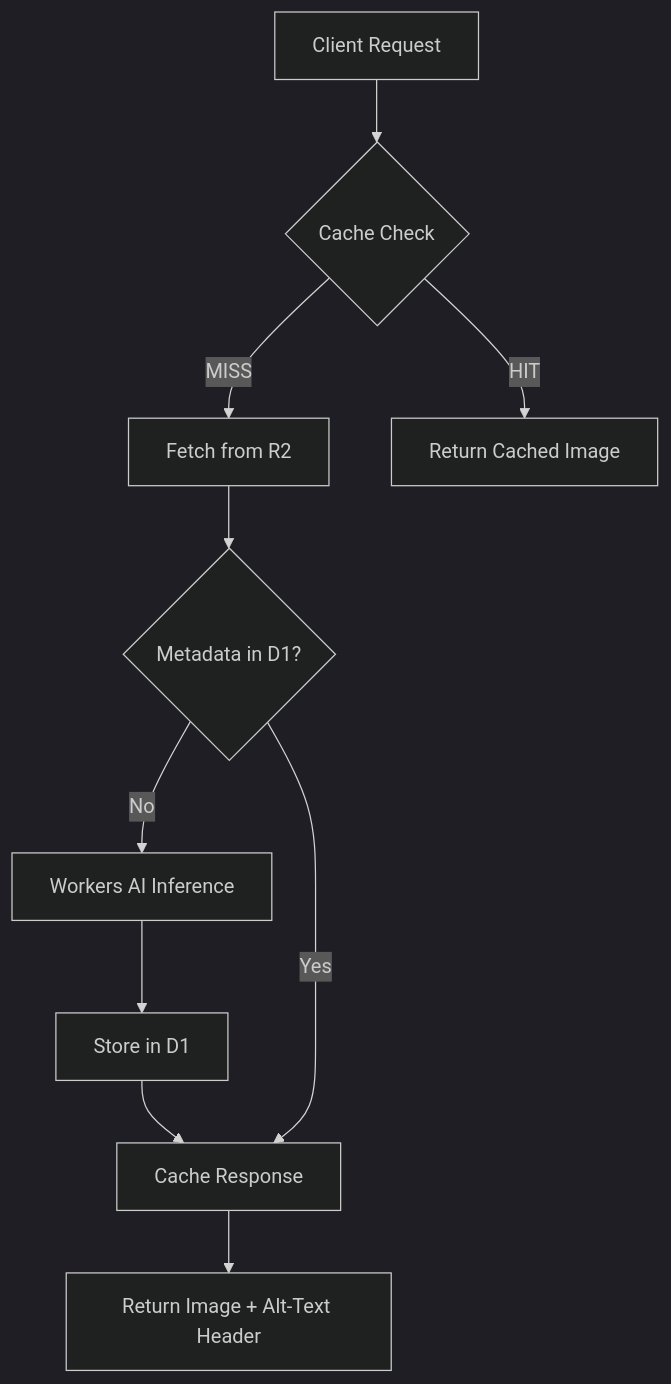
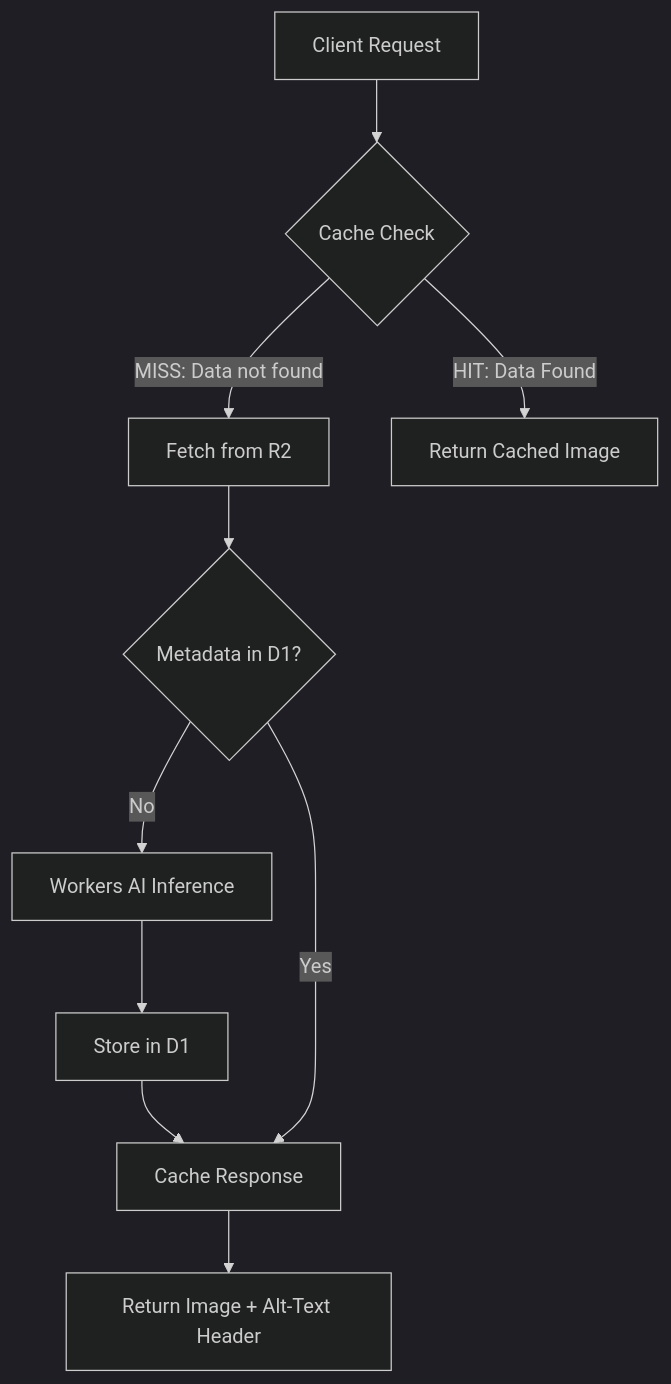
The first of 2 diagrams in README.md (sam2major/cloudflare_deveoper_Assessment), drawn with Mermaid (dark theme) before and after one commit. The commit also changed other lines of this file, not shown here.

````diff
--- a/README.md
+++ b/README.md
@@ -13,13 +13,13 @@
 ```mermaid
 graph TD
     A[Client Request] --> B{Cache Check}
-    B -->|MISS| C[Fetch from R2]
-    B -->|HIT| D[Return Cached Image]
+    B -->|MISS: Data not found| C[Fetch from R2]
+    B -->|HIT: Data Found| D[Return Cached Image]
     C --> E{Metadata in D1?}
     E -->|No| F[Workers AI Inference]
     F --> G[Store in D1]
     G --> H[Cache Response]
     E -->|Yes| H
     H --> I[Return Image + Alt-Text Header]
         
 ```
````
